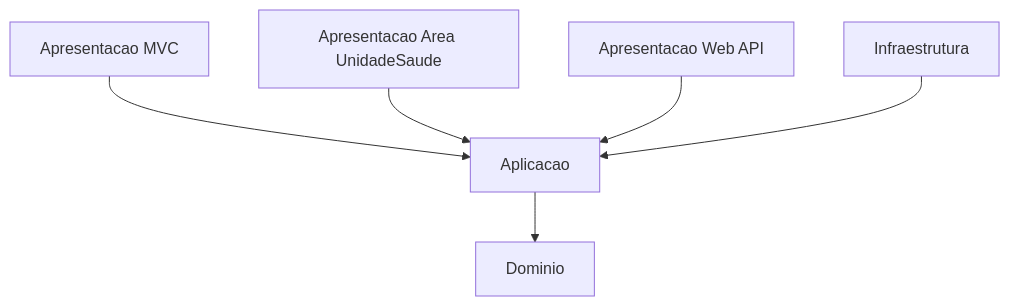
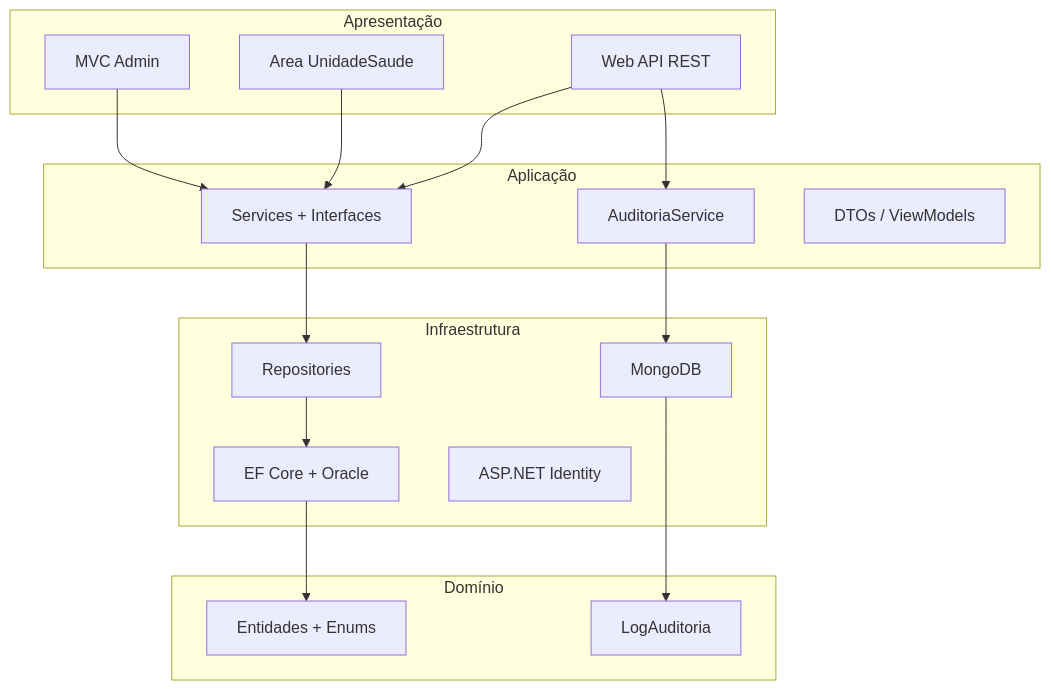
One commit to challengeoracle/sprint-dotnet changed the diagram in README.md. Above: the diagram before and after it, drawn with Mermaid. The commit also changed other lines of this file and 42 other files, not shown here.

`````diff
--- a/README.md
+++ b/README.md
@@ -153,8 +91,36 @@
 ```mermaid
 graph TD
-    A[Apresentacao MVC] --> B[Aplicacao]
-    AA[Apresentacao Area UnidadeSaude] --> B
-    E[Apresentacao Web API] --> B
-    D[Infraestrutura] --> B
-    B --> C[Dominio]
-````
+    subgraph Apresentação
+        MVC[MVC Admin]
+        AREA[Area UnidadeSaude]
+        API[Web API REST]
+    end
+
+    subgraph Aplicação
+        SVC[Services + Interfaces]
+        AUDIT[AuditoriaService]
+        DTO[DTOs / ViewModels]
+    end
+
+    subgraph Infraestrutura
+        EF[EF Core + Oracle]
+        MONGO[MongoDB]
+        REPO[Repositories]
+        ID[ASP.NET Identity]
+    end
+
+    subgraph Domínio
+        ENT[Entidades + Enums]
+        LOG[LogAuditoria]
+    end
+
+    MVC --> SVC
+    AREA --> SVC
+    API --> SVC
+    API --> AUDIT
+    SVC --> REPO
+    AUDIT --> MONGO
+    REPO --> EF
+    EF --> ENT
+    MONGO --> LOG
+```
`````
